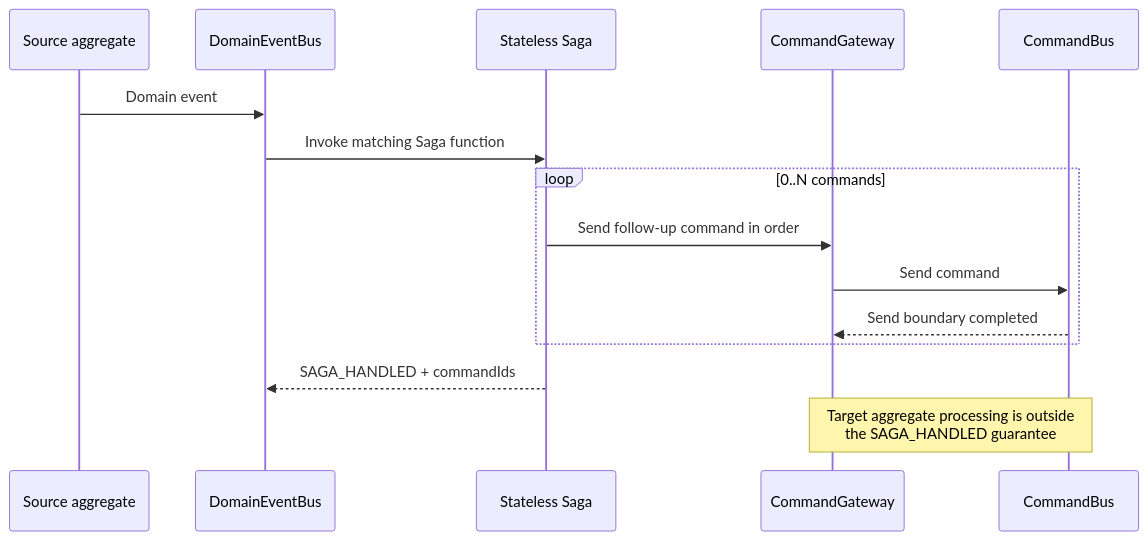
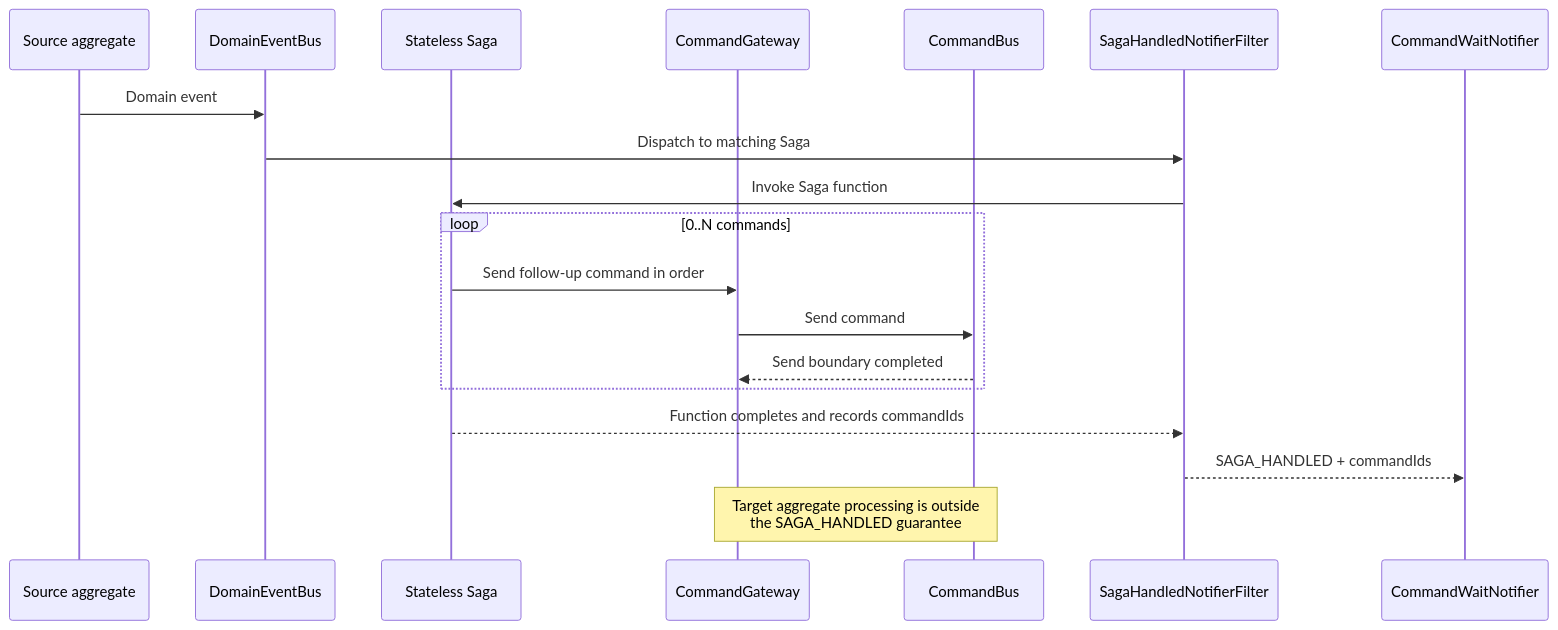
One commit to Ahoo-Wang/Wow changed the diagram in documentation/docs/en/guide/event/saga.md. Above: the diagram before and after it, drawn with Mermaid. The commit also changed 11 other files, not shown here.

Commit message:
docs: correct final diagram semantics

````diff
--- a/documentation/docs/en/guide/event/saga.md
+++ b/documentation/docs/en/guide/event/saga.md
@@ -13,17 +13,21 @@
 ```mermaid
 sequenceDiagram
     participant Source as Source aggregate
     participant EventBus as DomainEventBus
     participant Saga as Stateless Saga
     participant Gateway as CommandGateway
     participant CommandBus as CommandBus
+    participant Notifier as SagaHandledNotifierFilter
+    participant WaitNotifier as CommandWaitNotifier
     Source->>EventBus: Domain event
-    EventBus->>Saga: Invoke matching Saga function
+    EventBus->>Notifier: Dispatch to matching Saga
+    Notifier->>Saga: Invoke Saga function
     loop 0..N commands
         Saga->>Gateway: Send follow-up command in order
         Gateway->>CommandBus: Send command
         CommandBus-->>Gateway: Send boundary completed
     end
-    Saga-->>EventBus: SAGA_HANDLED + commandIds
+    Saga-->>Notifier: Function completes and records commandIds
+    Notifier-->>WaitNotifier: SAGA_HANDLED + commandIds
     Note over Gateway,CommandBus: Target aggregate processing is outside<br/>the SAGA_HANDLED guarantee
 ```
````
